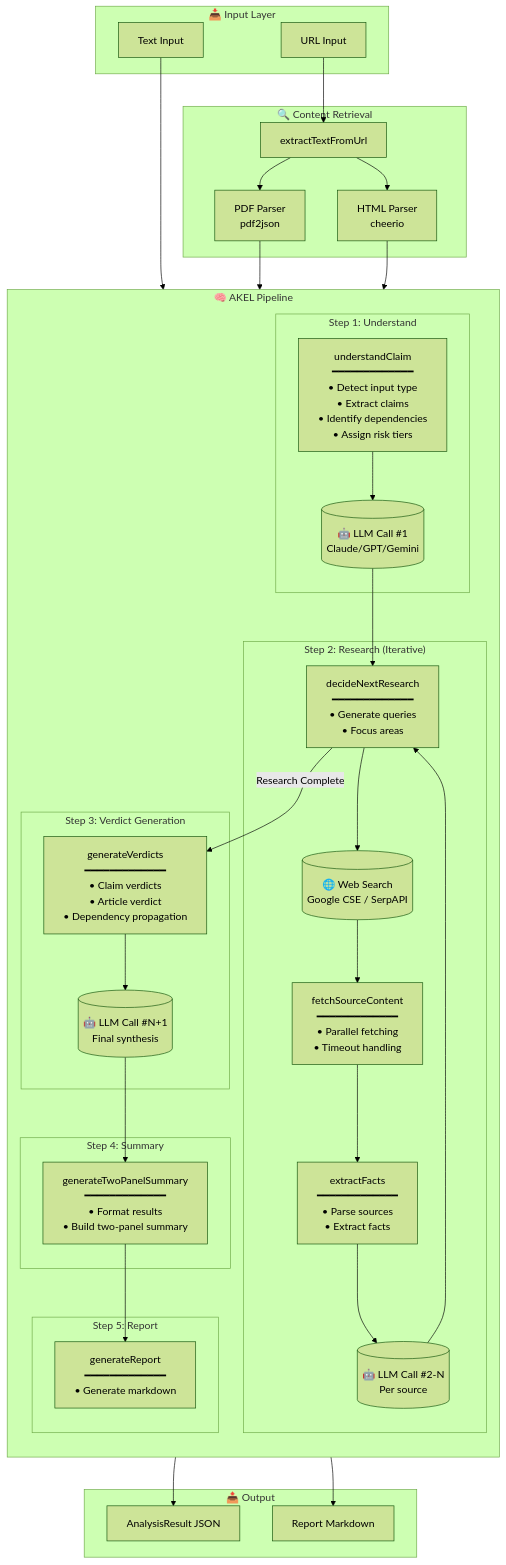
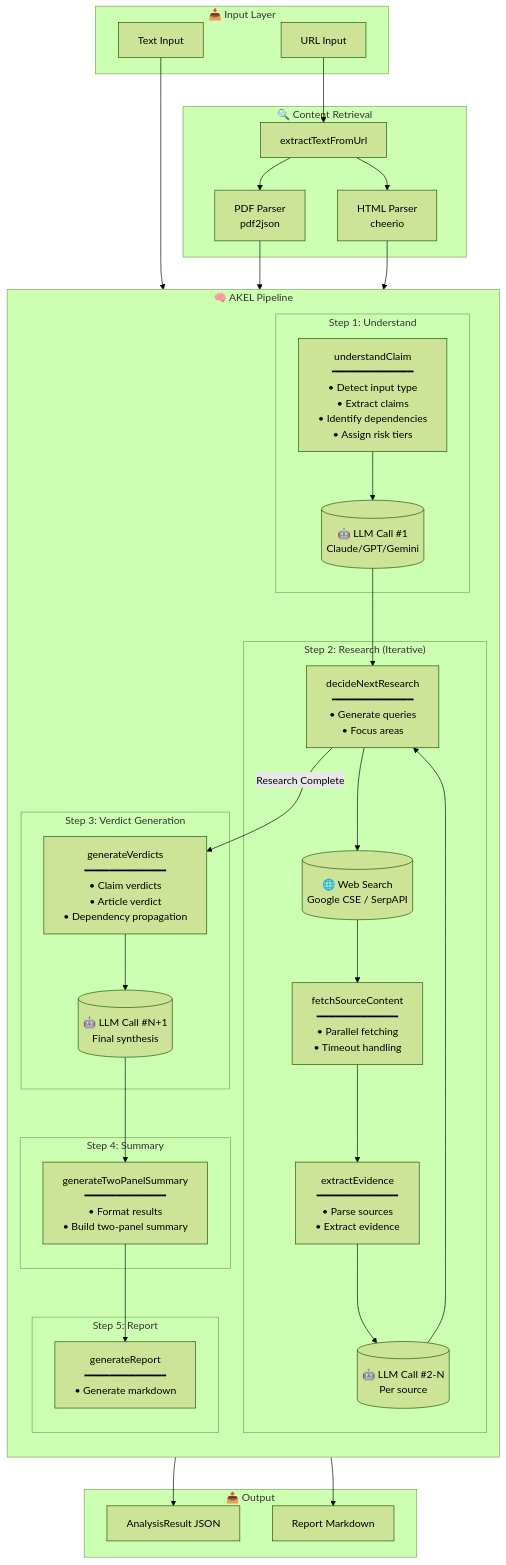
Before and after one commit to robertschaub/FactHarbor: the third of 8 diagrams in Docs/ARCHITECTURE/Overview.md, drawn with Mermaid (forest theme). The commit also changed other lines of this file and 98 other files, not shown here.

````diff
--- a/Docs/ARCHITECTURE/Overview.md
+++ b/Docs/ARCHITECTURE/Overview.md
@@ -138,76 +138,76 @@
 ```mermaid
 flowchart TB
     subgraph Input["📥 Input Layer"]
         URL[URL Input]
         TEXT[Text Input]
     end
 
     subgraph Retrieval["🔍 Content Retrieval"]
         FETCH[extractTextFromUrl]
         PDF[PDF Parser<br/>pdf2json]
         HTML[HTML Parser<br/>cheerio]
     end
 
     subgraph AKEL["🧠 AKEL Pipeline"]
         direction TB
 
         subgraph Step1["Step 1: Understand"]
             UNDERSTAND[understandClaim<br/>━━━━━━━━━━━━━<br/>• Detect input type<br/>• Extract claims<br/>• Identify dependencies<br/>• Assign risk tiers]
             LLM1[("🤖 LLM Call #1<br/>Claude/GPT/Gemini")]
         end
 
         subgraph Step2["Step 2: Research (Iterative)"]
             DECIDE[decideNextResearch<br/>━━━━━━━━━━━━━<br/>• Generate queries<br/>• Focus areas]
 
             SEARCH[("🌐 Web Search<br/>Google CSE / SerpAPI")]
 
             FETCHSRC[fetchSourceContent<br/>━━━━━━━━━━━━━<br/>• Parallel fetching<br/>• Timeout handling]
 
-            EXTRACT[extractFacts<br/>━━━━━━━━━━━━━<br/>• Parse sources<br/>• Extract facts]
+            EXTRACT[extractEvidence<br/>━━━━━━━━━━━━━<br/>• Parse sources<br/>• Extract evidence]
             LLM2[("🤖 LLM Call #2-N<br/>Per source")]
         end
 
         subgraph Step3["Step 3: Verdict Generation"]
             VERDICT[generateVerdicts<br/>━━━━━━━━━━━━━<br/>• Claim verdicts<br/>• Article verdict<br/>• Dependency propagation]
             LLM3[("🤖 LLM Call #N+1<br/>Final synthesis")]
         end
 
         subgraph Step4["Step 4: Summary"]
             SUMMARY[generateTwoPanelSummary<br/>━━━━━━━━━━━━━<br/>• Format results<br/>• Build two-panel summary]
         end
 
         subgraph Step5["Step 5: Report"]
             REPORT[generateReport<br/>━━━━━━━━━━━━━<br/>• Generate markdown]
         end
     end
 
     subgraph Output["📤 Output"]
         RESULT[AnalysisResult JSON]
         MARKDOWN[Report Markdown]
     end
 
     %% Flow connections
     URL --> FETCH
     TEXT --> UNDERSTAND
     FETCH --> PDF
     FETCH --> HTML
     PDF --> UNDERSTAND
     HTML --> UNDERSTAND
 
     UNDERSTAND --> LLM1
     LLM1 --> DECIDE
 
     DECIDE --> SEARCH
     SEARCH --> FETCHSRC
     FETCHSRC --> EXTRACT
     EXTRACT --> LLM2
     LLM2 --> DECIDE
 
     DECIDE -->|"Research Complete"| VERDICT
     VERDICT --> LLM3
     LLM3 --> SUMMARY
     SUMMARY --> REPORT
 
     REPORT --> RESULT
     REPORT --> MARKDOWN
 ```
````
